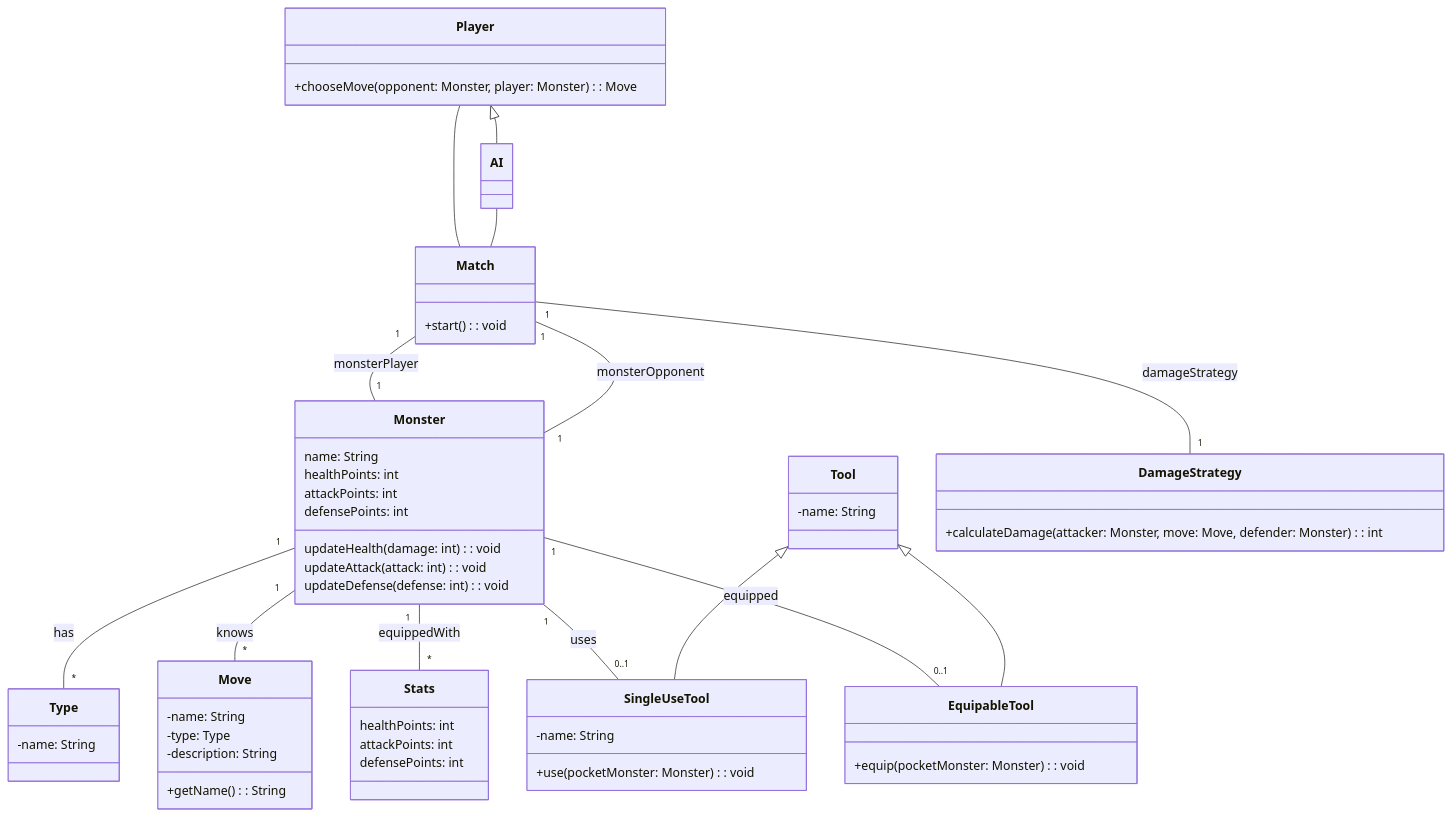
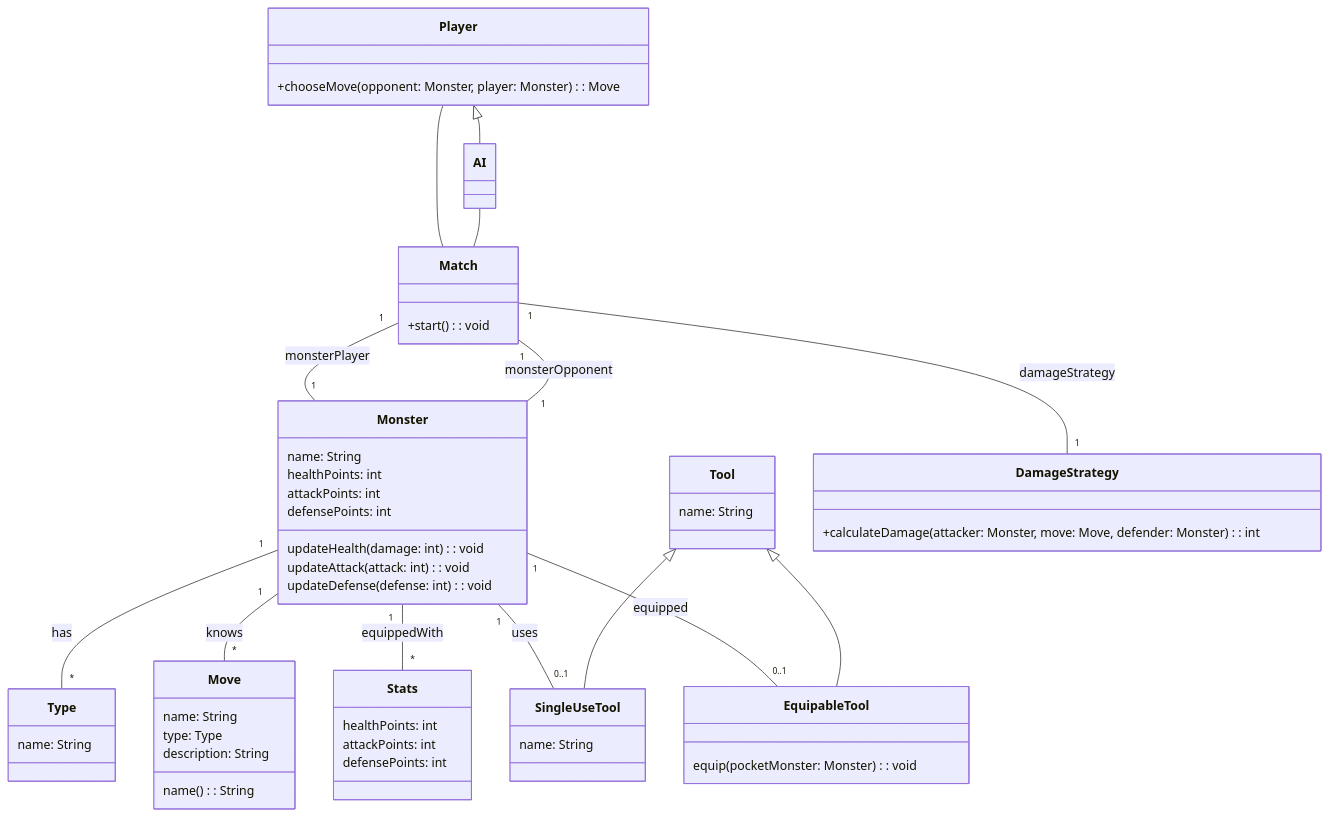
The diagram in REPORT.md (cric96/pocket-monster-pss-example), drawn with Mermaid before and after one commit.

Commit message:
:pen: minor on report

````diff
--- a/REPORT.md
+++ b/REPORT.md
@@ -37,62 +37,61 @@
 ```mermaid
 classDiagram
 class Monster {
     name: String
     healthPoints: int
     attackPoints: int
     defensePoints: int
     updateHealth(damage: int): void
     updateAttack(attack: int): void
     updateDefense(defense: int): void
 }
 
 class Stats {
     healthPoints: int
     attackPoints: int
     defensePoints: int
 }
 
 class Type {
-    -name: String
+    name: String
 }
 class Tool {
-    -name: String
+    name: String
 }
 class SingleUseTool {
-    -name: String
-    +use(pocketMonster: Monster): void
+    name: String
 }
 
 class EquipableTool {
-    +equip(pocketMonster: Monster): void
+    equip(pocketMonster: Monster): void
 }
 class Move {
-    -name: String
-    -type: Type
-    -description: String
-    +getName(): String
+    name: String
+    type: Type
+    description: String
+    name(): String
 }
 class Match {
     +start(): void
 }
 class Player {
     +chooseMove(opponent: Monster, player: Monster): Move
 }
 class DamageStrategy {
     +calculateDamage(attacker: Monster, move: Move, defender: Monster): int
 }
 
 Monster "1" -- "*" Type : has
 Monster "1" -- "*" Move : knows
 Monster "1" -- "*" Stats : equippedWith
 Monster "1" -- "0..1" SingleUseTool : uses
 Monster "1" -- "0..1" EquipableTool : equipped
 Match "1" -- "1" Monster : monsterPlayer
 Match "1" -- "1" Monster : monsterOpponent
 Match "1" -- "1" DamageStrategy : damageStrategy
 Tool <|-- SingleUseTool
 Tool <|-- EquipableTool
 Player <|-- AI
 Player -- Match
 AI -- Match
 ```
````
